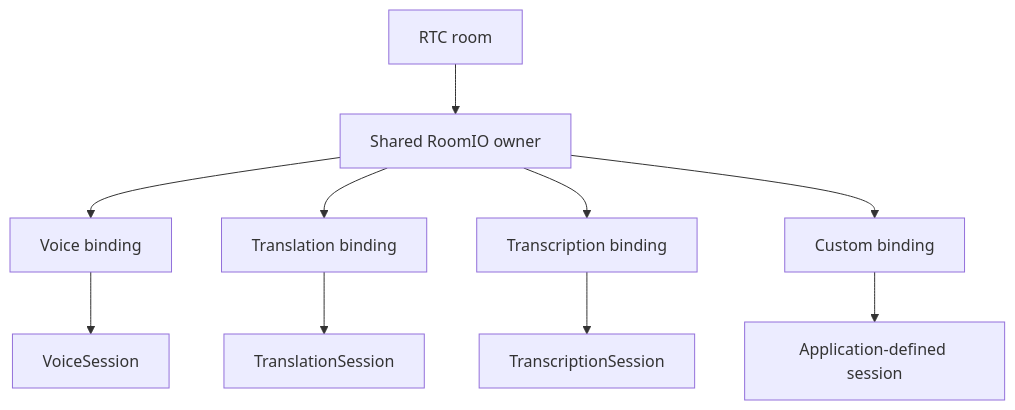
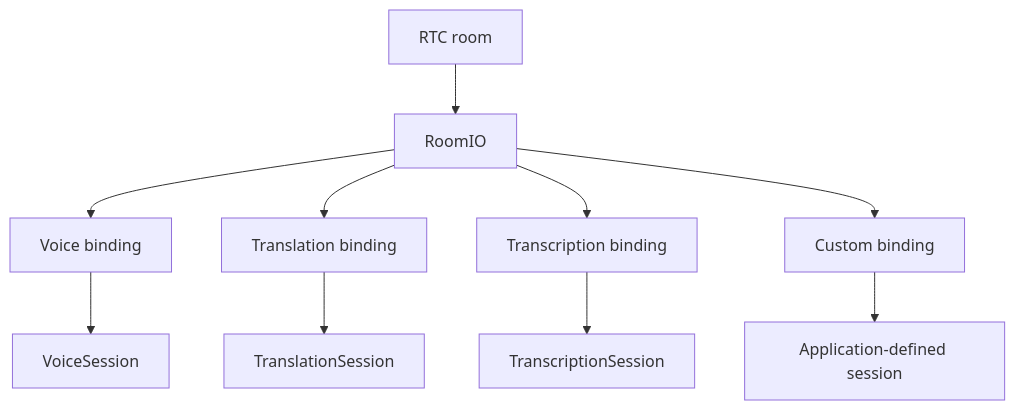
Before and after one commit to livekit/agents: the diagram in docs/proposals/room-io.md, drawn with Mermaid. The commit also changed other lines of this file and 63 other files, not shown here.

First line of the commit message:
Add shared RoomIO binding and ownership foundations

````diff
--- a/docs/proposals/room-io.md
+++ b/docs/proposals/room-io.md
@@ -80,12 +94,12 @@
 ```mermaid
 flowchart TB
-    Room[RTC room] --> Owner[Shared RoomIO owner]
+    Room[RTC room] --> Owner[RoomIO]
     Owner --> VoiceBinding[Voice binding]
     Owner --> TranslationBinding[Translation binding]
     Owner --> TranscriptionBinding[Transcription binding]
     Owner --> CustomBinding[Custom binding]
     VoiceBinding --> Voice[VoiceSession]
     TranslationBinding --> Translation[TranslationSession]
     TranscriptionBinding --> Transcription[TranscriptionSession]
     CustomBinding --> Custom[Application-defined session]
 ```
````
